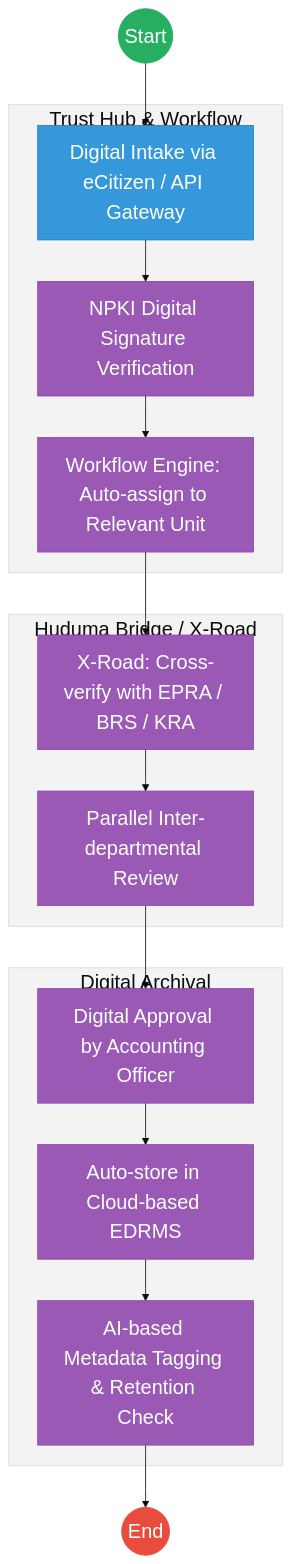
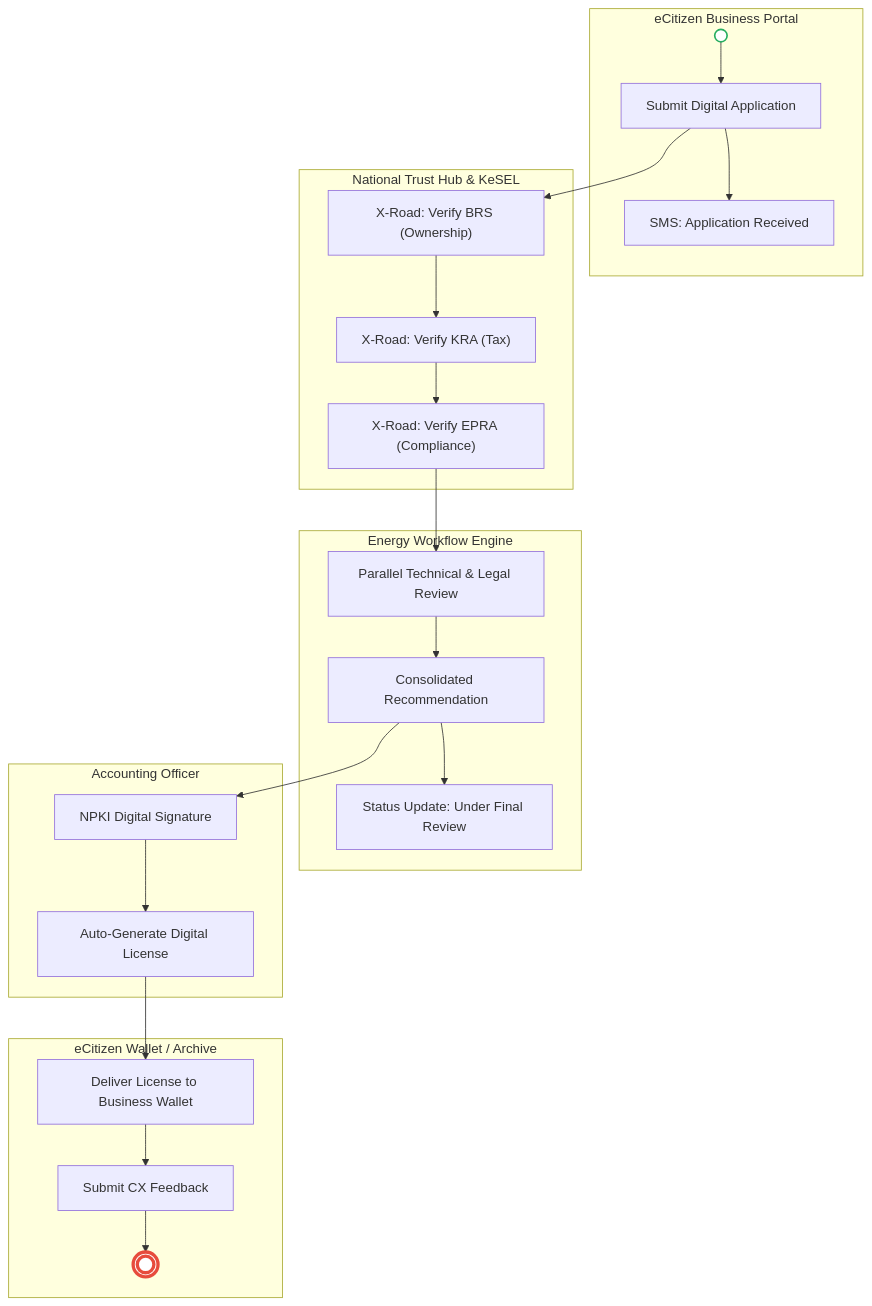
Before and after one commit to BITZ-IT-Consulting-LTD/ictapoc: the second of 2 diagrams in mdas/docs_final/priority_mdas/Energy___Service_Delivery.md, drawn with Mermaid. The commit also changed other lines of this file and 19 other files, not shown here.

````diff
--- a/mdas/docs_final/priority_mdas/Energy___Service_Delivery.md
+++ b/mdas/docs_final/priority_mdas/Energy___Service_Delivery.md
@@ -136,32 +96,33 @@
 ```mermaid
-%%{init: { 'theme': 'base', 'themeVariables': { 'fontSize': '24px', 'fontFamily': 'Inter, system-ui, sans-serif', 'primaryColor': '#ffffff', 'edgeLabelBackground':'#ffffff', 'tertiaryColor': '#f3f3f3', 'mainBkg': '#ffffff', 'nodeBorder': '#333333' } } }%%
-graph TD
-    Start((Start)) --> Intake["Digital Intake via eCitizen / API Gateway"]
-    
-    subgraph Layer2["Trust Hub & Workflow"]
-        Intake --> Sign["NPKI Digital Signature Verification"]
-        Sign --> Task["Workflow Engine: Auto-assign to Relevant Unit"]
+flowchart TD
+    subgraph Portal["eCitizen Business Portal"]
+        Start_E((" ")) --> E1["Submit Digital Application"]
+        E1 --> S1["SMS: Application Received"]
     end
-    
-    subgraph Layer3["Huduma Bridge / X-Road"]
-        Task --> Verify["X-Road: Cross-verify with EPRA / BRS / KRA"]
-        Verify --> Collaborate["Parallel Inter-departmental Review"]
+
+    subgraph Trust_Hub["National Trust Hub & KeSEL"]
+        E1 --> V1["X-Road: Verify BRS (Ownership)"]
+        V1 --> V2["X-Road: Verify KRA (Tax)"]
+        V2 --> V3["X-Road: Verify EPRA (Compliance)"]
     end
-    
-    subgraph Layer4["Digital Archival"]
-        Collaborate --> Approval["Digital Approval by Accounting Officer"]
-        Approval --> Store["Auto-store in Cloud-based EDRMS"]
-        Store --> Meta["AI-based Metadata Tagging & Retention Check"]
+
+    subgraph Workflow["Energy Workflow Engine"]
+        V3 --> T1["Parallel Technical & Legal Review"]
+        T1 --> T2["Consolidated Recommendation"]
+        T2 --> S2["Status Update: Under Final Review"]
     end
-    
-    Meta --> End((End))
 
-    classDef start fill:#27ae60,stroke:#27ae60,color:#fff,font-size:24px,font-size:24px;;
-    classDef endNode fill:#e74c3c,stroke:#e74c3c,color:#fff,font-size:24px,font-size:24px;;
-    classDef userTask fill:#3498db,stroke:#2980b9,color:#fff,font-size:24px,font-size:24px;;
-    classDef serviceTask fill:#9b59b6,stroke:#8e44ad,color:#fff,font-size:24px,font-size:24px;;
-    class Start start;
-    class End endNode;
-    class Intake userTask;
-    class Sign,Task,Verify,Collaborate,Approval,Store,Meta serviceTask;
+    subgraph Approval["Accounting Officer"]
+        T2 --> A1["NPKI Digital Signature"]
+        A1 --> A2["Auto-Generate Digital License"]
+    end
+
+    subgraph Delivery["eCitizen Wallet / Archive"]
+        A2 --> D1["Deliver License to Business Wallet"]
+        D1 --> F1["Submit CX Feedback"]
+        F1 --> End_E(((" ")))
+    end
+
+    style Start_E fill:#fff,stroke:#27ae60,stroke-width:2px
+    style End_E fill:#fff,stroke:#e74c3c,stroke-width:4px
 ```
````
